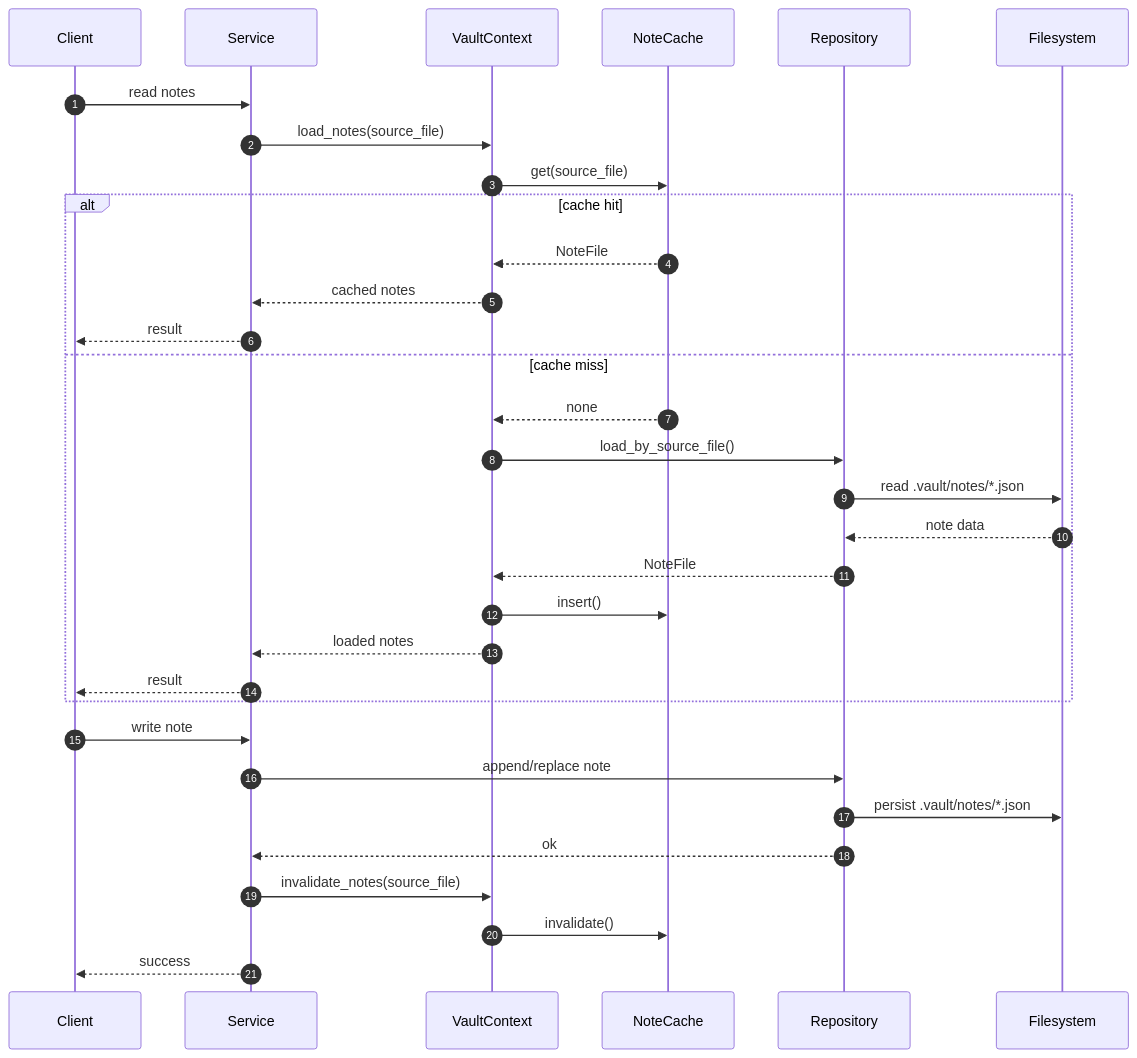
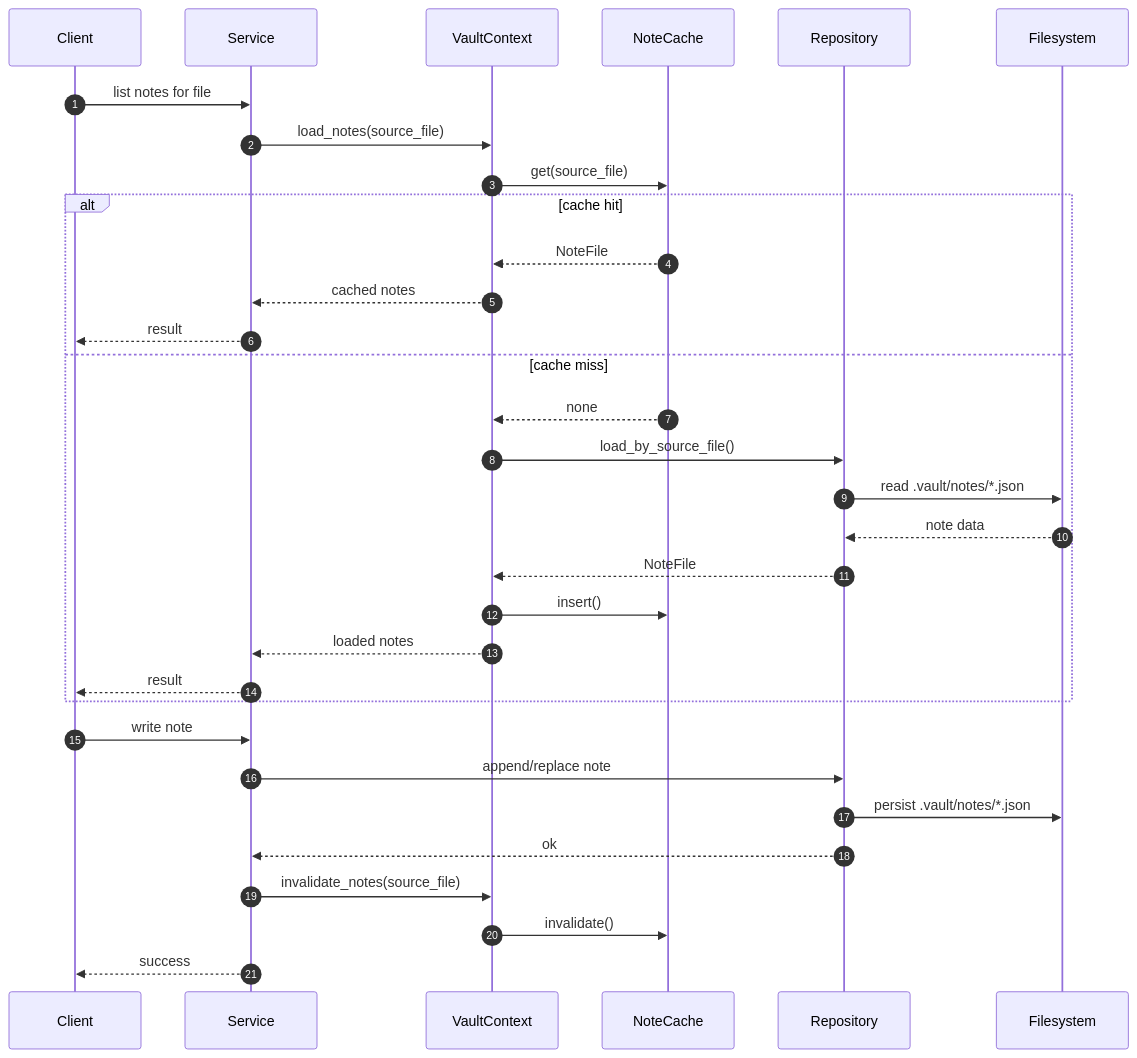
The diagram in docs/book/src/runtime.md (mors119/frilvault), drawn with Mermaid before and after one commit. The commit also changed other lines of this file and 14 other files, not shown here.

````diff
--- a/docs/book/src/runtime.md
+++ b/docs/book/src/runtime.md
@@ -54,37 +64,37 @@
 ```mermaid
 sequenceDiagram
     autonumber
     participant Client
     participant Service
     participant VaultContext
     participant NoteCache
     participant Repository
     participant Filesystem
 
-    Client->>Service: read notes
+    Client->>Service: list notes for file
     Service->>VaultContext: load_notes(source_file)
     VaultContext->>NoteCache: get(source_file)
 
     alt cache hit
         NoteCache-->>VaultContext: NoteFile
         VaultContext-->>Service: cached notes
         Service-->>Client: result
     else cache miss
         NoteCache-->>VaultContext: none
         VaultContext->>Repository: load_by_source_file()
         Repository->>Filesystem: read .vault/notes/*.json
         Filesystem-->>Repository: note data
         Repository-->>VaultContext: NoteFile
         VaultContext->>NoteCache: insert()
         VaultContext-->>Service: loaded notes
         Service-->>Client: result
     end
 
     Client->>Service: write note
     Service->>Repository: append/replace note
     Repository->>Filesystem: persist .vault/notes/*.json
     Repository-->>Service: ok
     Service->>VaultContext: invalidate_notes(source_file)
     VaultContext->>NoteCache: invalidate()
     Service-->>Client: success
 ```
````
